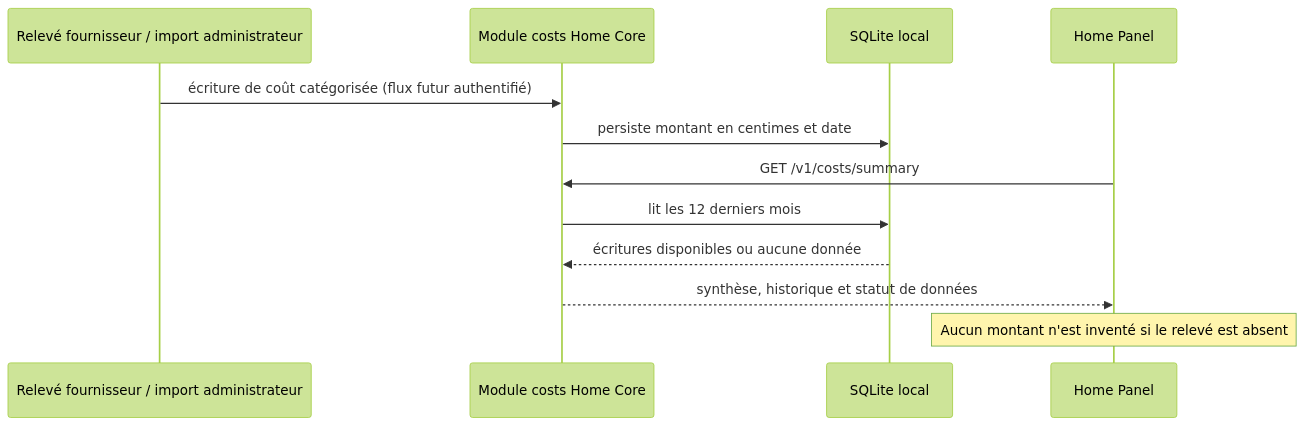
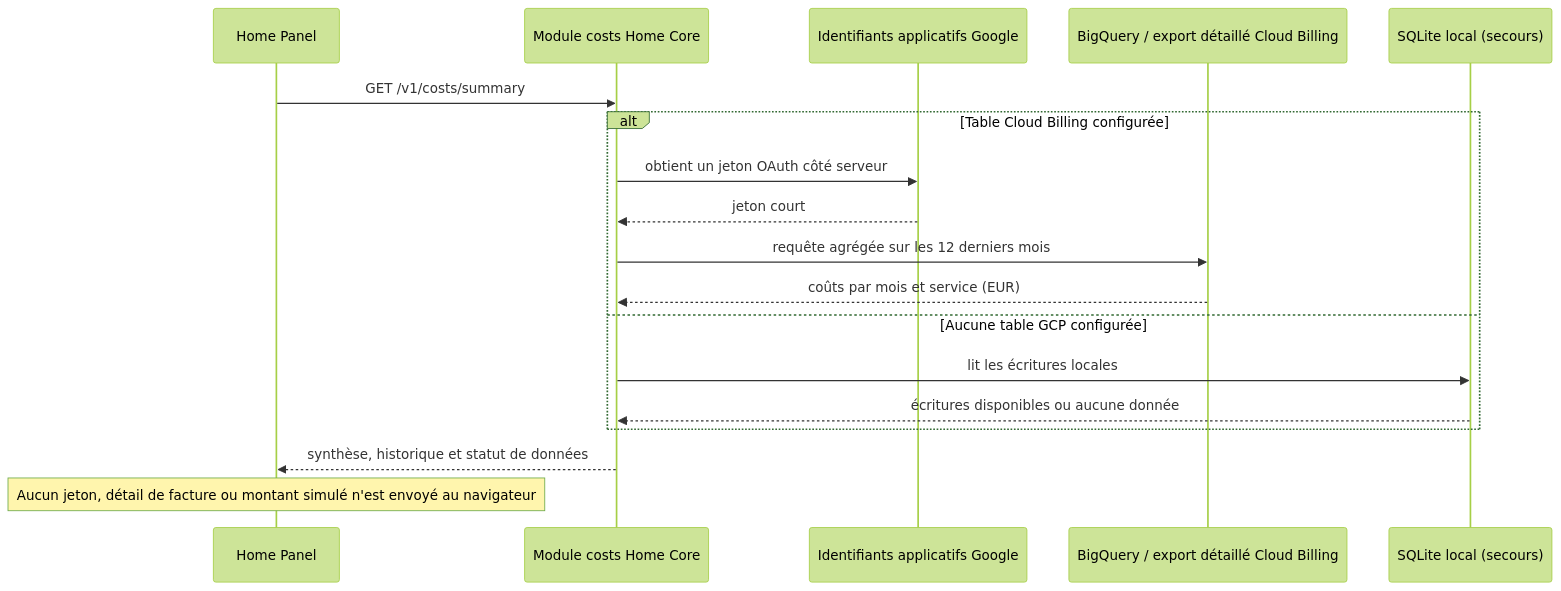
One commit to clementortiz134595/HOME-AI changed the diagram in poles/technique/home-core/diagrammes/sequence-couts.mmd. Above: the diagram before and after it, drawn with Mermaid (forest theme). The commit also changed 8 other files, not shown here.

Commit message:
feat(costs): lit les coûts GCP réels

```diff
--- a/poles/technique/home-core/diagrammes/sequence-couts.mmd
+++ b/poles/technique/home-core/diagrammes/sequence-couts.mmd
@@ -1,12 +1,18 @@
 sequenceDiagram
-    participant Source as Relevé fournisseur / import administrateur
+    participant Panel as Home Panel
     participant Costs as Module costs Home Core
-    participant DB as SQLite local
-    participant Panel as Home Panel
-    Source->>Costs: écriture de coût catégorisée (flux futur authentifié)
-    Costs->>DB: persiste montant en centimes et date
+    participant ADC as Identifiants applicatifs Google
+    participant BQ as BigQuery / export détaillé Cloud Billing
+    participant DB as SQLite local (secours)
     Panel->>Costs: GET /v1/costs/summary
-    Costs->>DB: lit les 12 derniers mois
-    DB-->>Costs: écritures disponibles ou aucune donnée
+    alt Table Cloud Billing configurée
+        Costs->>ADC: obtient un jeton OAuth côté serveur
+        ADC-->>Costs: jeton court
+        Costs->>BQ: requête agrégée sur les 12 derniers mois
+        BQ-->>Costs: coûts par mois et service (EUR)
+    else Aucune table GCP configurée
+        Costs->>DB: lit les écritures locales
+        DB-->>Costs: écritures disponibles ou aucune donnée
+    end
     Costs-->>Panel: synthèse, historique et statut de données
-    Note over Panel: Aucun montant n'est inventé si le relevé est absent
+    Note over Panel: Aucun jeton, détail de facture ou montant simulé n'est envoyé au navigateur
```
